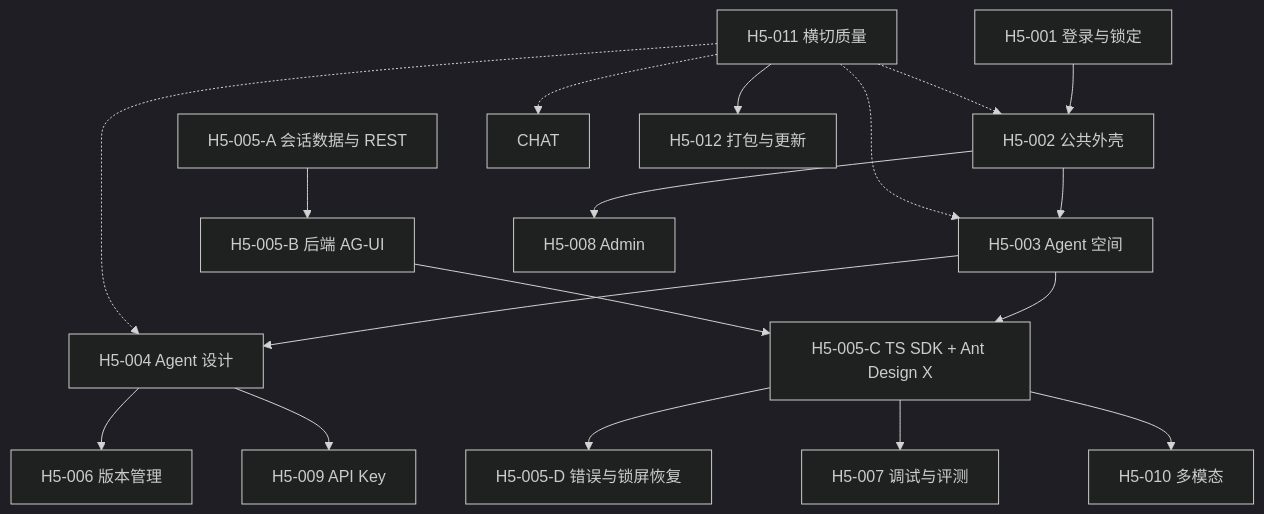
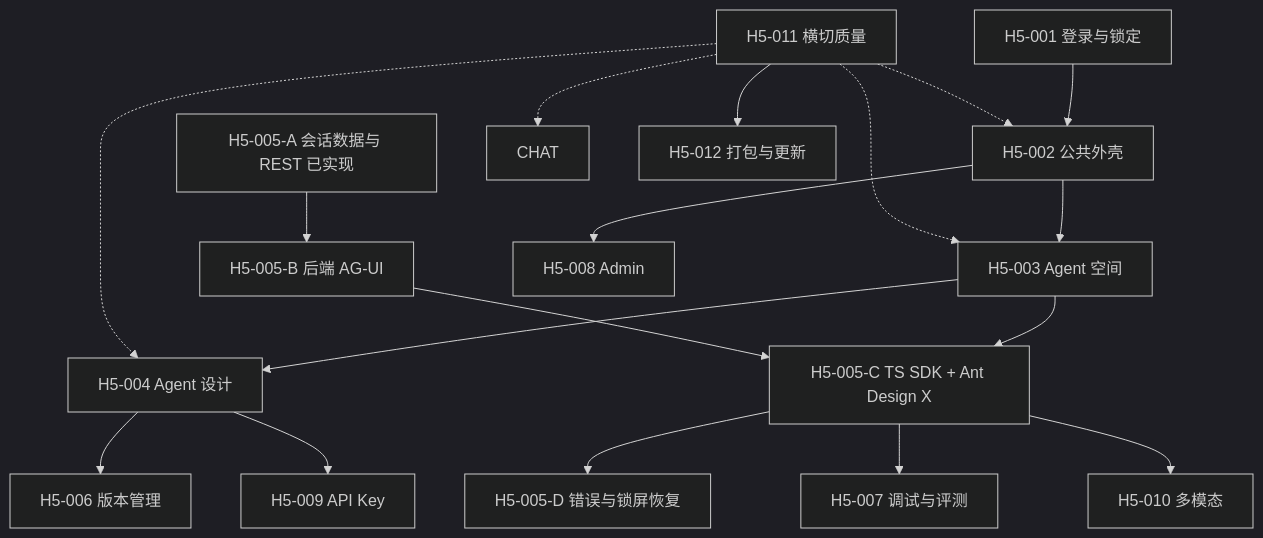
One commit to shuaihuadu/inkwell changed the diagram in docs/06-implementation/desktop-implementation-roadmap.md. Above: the diagram before and after it, drawn with Mermaid (dark theme). The commit also changed other lines of this file and 209 other files, not shown here.

````diff
--- a/docs/06-implementation/desktop-implementation-roadmap.md
+++ b/docs/06-implementation/desktop-implementation-roadmap.md
@@ -82,21 +84,21 @@
 ```mermaid
 flowchart TD
     AUTH[H5-001 登录与锁定] --> SHELL[H5-002 公共外壳]
     SHELL --> SPACE[H5-003 Agent 空间]
     SPACE --> DESIGN[H5-004 Agent 设计]
-    CHATDATA[H5-005-A 会话数据与 REST]
+    CHATDATA[H5-005-A 会话数据与 REST 已实现]
     CHATDATA --> AGUIBACKEND[H5-005-B 后端 AG-UI]
     SPACE --> CHATUI[H5-005-C TS SDK + Ant Design X]
     AGUIBACKEND --> CHATUI
     CHATUI --> CHATRESILIENCE[H5-005-D 错误与锁屏恢复]
     DESIGN --> VERSION[H5-006 版本管理]
     CHATUI --> TRACE[H5-007 调试与评测]
     DESIGN --> KEYS[H5-009 API Key]
     CHATUI --> MULTI[H5-010 多模态]
     SHELL --> ADMIN[H5-008 Admin]
     CROSS[H5-011 横切质量] -.-> SHELL
     CROSS -.-> SPACE
     CROSS -.-> DESIGN
     CROSS -.-> CHAT
     CROSS --> RELEASE[H5-012 打包与更新]
 ```
````
